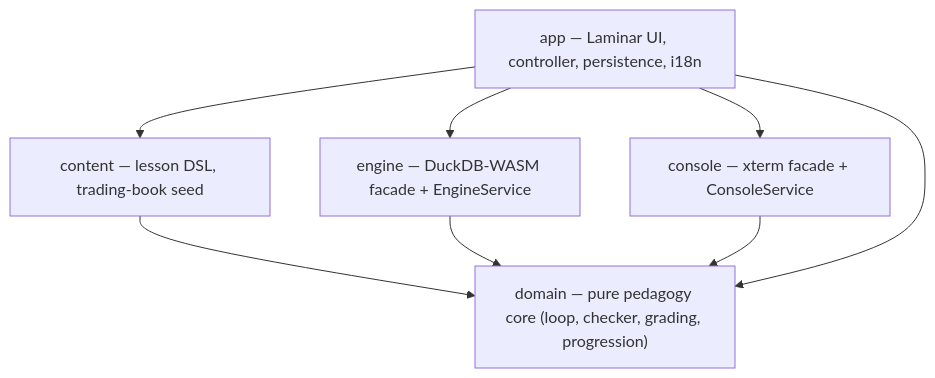
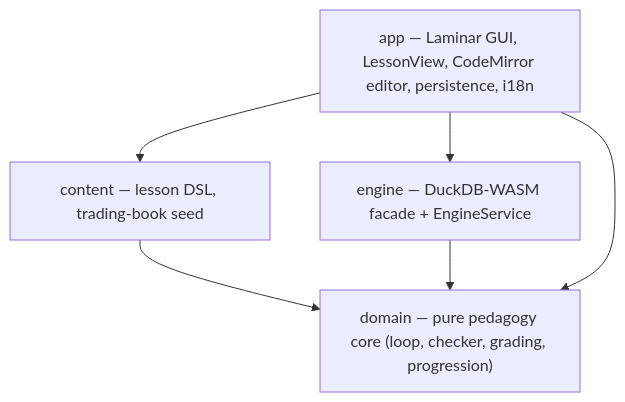
Before and after one commit to oluies/drillbanken: the first of 2 diagrams in docs/ARCHITECTURE.md, drawn with Mermaid. The commit also changed other lines of this file and 23 other files, not shown here.

First line of the commit message:
feat(ui)!: replace console with a guided web GUI (constitution v2.0.0)

````diff
--- a/docs/ARCHITECTURE.md
+++ b/docs/ARCHITECTURE.md
@@ -11,16 +12,13 @@
 ```mermaid
 flowchart TD
   domain["domain — pure pedagogy core (loop, checker, grading, progression)"]
   content["content — lesson DSL, trading-book seed"]
   engine["engine — DuckDB-WASM facade + EngineService"]
-  consoleMod["console — xterm facade + ConsoleService"]
-  app["app — Laminar UI, controller, persistence, i18n"]
+  app["app — Laminar GUI, LessonView, CodeMirror editor, persistence, i18n"]
 
   content --> domain
   engine --> domain
-  consoleMod --> domain
   app --> domain
   app --> engine
-  app --> consoleMod
   app --> content
 ```
````
